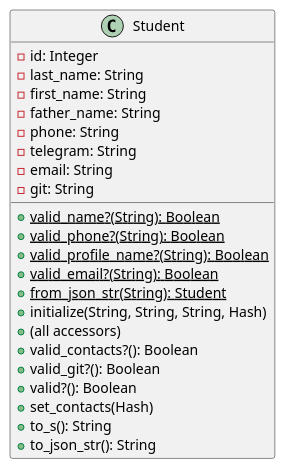
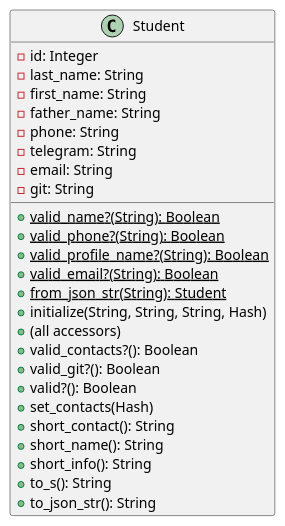
Before and after one commit to r1411/PatternsLabs: the diagram in Diagrams/lab2.puml, drawn with PlantUML. The commit also changed 2 other files, not shown here.

```diff
--- a/Diagrams/lab2.puml
+++ b/Diagrams/lab2.puml
@@ -1,28 +1,31 @@
 @startuml
 'https://plantuml.com/class-diagram
 
 class Student {
     -id: Integer
     -last_name: String
     -first_name: String
     -father_name: String
     -phone: String
     -telegram: String
     -email: String
     -git: String
     +{static}valid_name?(String): Boolean
     +{static}valid_phone?(String): Boolean
     +{static}valid_profile_name?(String): Boolean
     +{static}valid_email?(String): Boolean
     +{static}from_json_str(String): Student
     +initialize(String, String, String, Hash)
     +(all accessors)
     +valid_contacts?(): Boolean
     +valid_git?(): Boolean
     +valid?(): Boolean
     +set_contacts(Hash)
+    +short_contact(): String
+    +short_name(): String
+    +short_info(): String
     +to_s(): String
     +to_json_str(): String
 }
 
 @enduml
```
